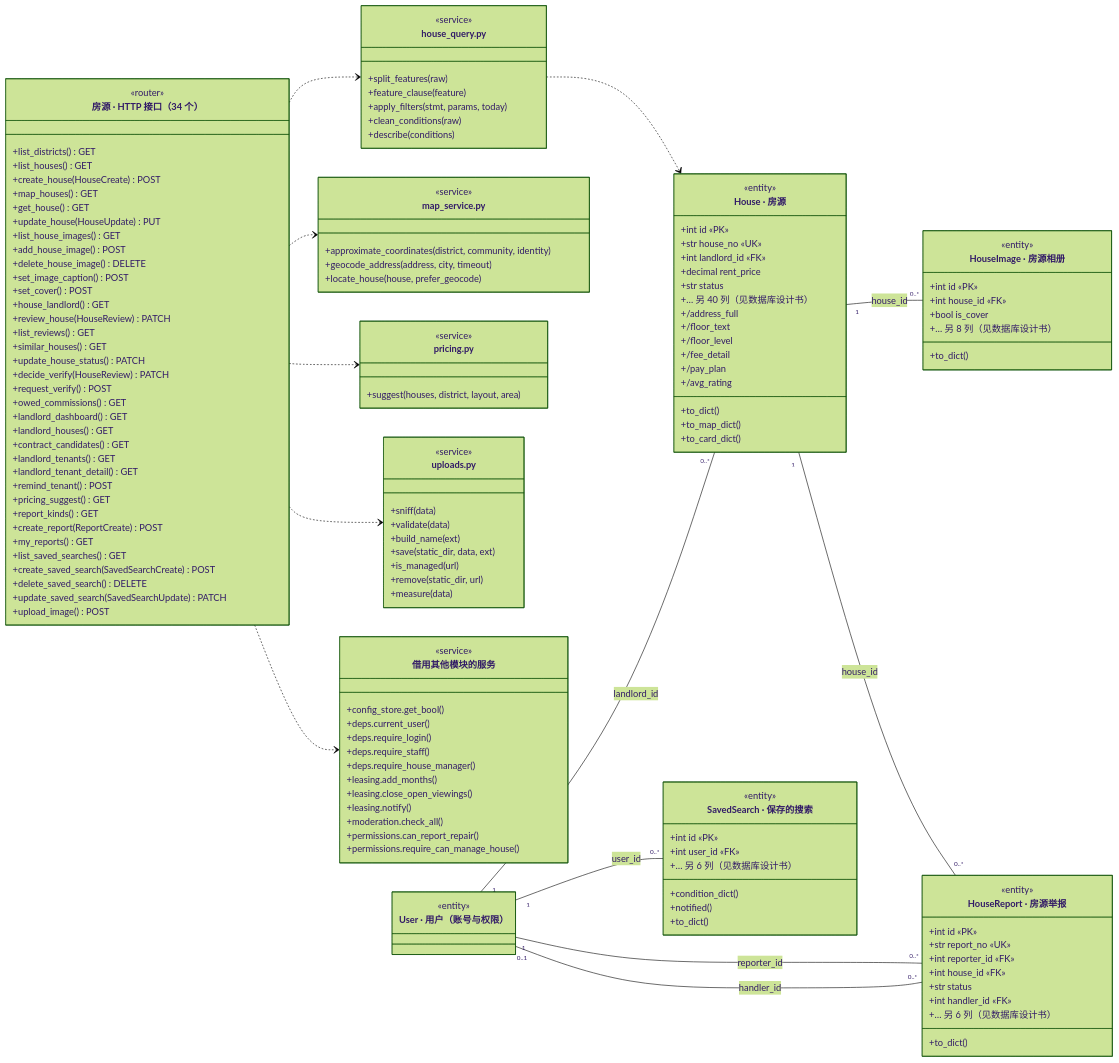
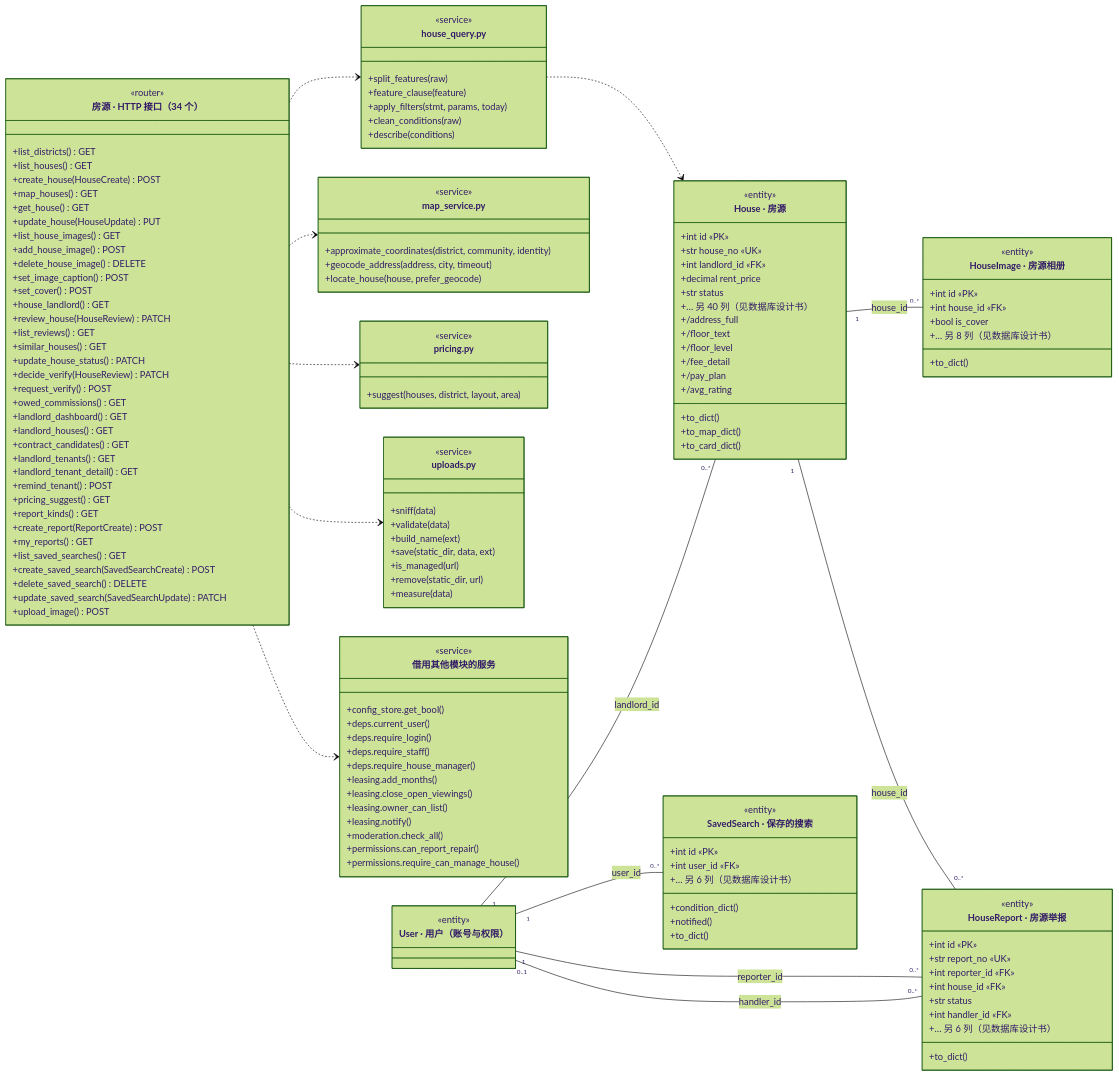
One commit to A107586/ai-house-rental changed the diagram in docs/图/class_house.mmd. Above: the diagram before and after it, drawn with Mermaid (forest theme). The commit also changed 23 other files, not shown here.

First line of the commit message:
fix(账号/委托/审核/图片): 身份收回后委托还挂着；复核下架公告无效；借图删图能删掉别人的照片

```diff
--- a/docs/图/class_house.mmd
+++ b/docs/图/class_house.mmd
@@ -1,141 +1,142 @@
 classDiagram
     direction LR
     class Api["房源 · HTTP 接口（34 个）"] {
         <<router>>
         +list_districts() GET
         +list_houses() GET
         +create_house(HouseCreate) POST
         +map_houses() GET
         +get_house() GET
         +update_house(HouseUpdate) PUT
         +list_house_images() GET
         +add_house_image() POST
         +delete_house_image() DELETE
         +set_image_caption() POST
         +set_cover() POST
         +house_landlord() GET
         +review_house(HouseReview) PATCH
         +list_reviews() GET
         +similar_houses() GET
         +update_house_status() PATCH
         +decide_verify(HouseReview) PATCH
         +request_verify() POST
         +owed_commissions() GET
         +landlord_dashboard() GET
         +landlord_houses() GET
         +contract_candidates() GET
         +landlord_tenants() GET
         +landlord_tenant_detail() GET
         +remind_tenant() POST
         +pricing_suggest() GET
         +report_kinds() GET
         +create_report(ReportCreate) POST
         +my_reports() GET
         +list_saved_searches() GET
         +create_saved_search(SavedSearchCreate) POST
         +delete_saved_search() DELETE
         +update_saved_search(SavedSearchUpdate) PATCH
         +upload_image() POST
     }
     class m_house_query["house_query.py"] {
         <<service>>
         +split_features(raw)
         +feature_clause(feature)
         +apply_filters(stmt, params, today)
         +clean_conditions(raw)
         +describe(conditions)
     }
     Api ..> m_house_query
     class m_map_service["map_service.py"] {
         <<service>>
         +approximate_coordinates(district, community, identity)
         +geocode_address(address, city, timeout)
         +locate_house(house, prefer_geocode)
     }
     Api ..> m_map_service
     class m_pricing["pricing.py"] {
         <<service>>
         +suggest(houses, district, layout, area)
     }
     Api ..> m_pricing
     class m_uploads["uploads.py"] {
         <<service>>
         +sniff(data)
         +validate(data)
         +build_name(ext)
         +save(static_dir, data, ext)
         +is_managed(url)
         +remove(static_dir, url)
         +measure(data)
     }
     Api ..> m_uploads
     class m_shared["借用其他模块的服务"] {
         <<service>>
         +config_store.get_bool()
         +deps.current_user()
         +deps.require_login()
         +deps.require_staff()
         +deps.require_house_manager()
         +leasing.add_months()
         +leasing.close_open_viewings()
+        +leasing.owner_can_list()
         +leasing.notify()
         +moderation.check_all()
         +permissions.can_report_repair()
         +permissions.require_can_manage_house()
     }
     Api ..> m_shared
     class House["House · 房源"] {
         <<entity>>
         +int id «PK»
         +str house_no «UK»
         +int landlord_id «FK»
         +decimal rent_price
         +str status
         +… 另 40 列（见数据库设计书）
         +to_dict()
         +to_map_dict()
         +to_card_dict()
         +/address_full
         +/floor_text
         +/floor_level
         +/fee_detail
         +/pay_plan
         +/avg_rating
     }
     class HouseImage["HouseImage · 房源相册"] {
         <<entity>>
         +int id «PK»
         +int house_id «FK»
         +bool is_cover
         +… 另 8 列（见数据库设计书）
         +to_dict()
     }
     class SavedSearch["SavedSearch · 保存的搜索"] {
         <<entity>>
         +int id «PK»
         +int user_id «FK»
         +… 另 6 列（见数据库设计书）
         +condition_dict()
         +notified()
         +to_dict()
     }
     class HouseReport["HouseReport · 房源举报"] {
         <<entity>>
         +int id «PK»
         +str report_no «UK»
         +int reporter_id «FK»
         +int house_id «FK»
         +str status
         +int handler_id «FK»
         +… 另 6 列（见数据库设计书）
         +to_dict()
     }
     class User["User · 用户（账号与权限）"]
     <<entity>> User
     User "1" -- "0..*" House : landlord_id
     House "1" -- "0..*" HouseImage : house_id
     User "1" -- "0..*" SavedSearch : user_id
     User "1" -- "0..*" HouseReport : reporter_id
     House "1" -- "0..*" HouseReport : house_id
     User "0..1" -- "0..*" HouseReport : handler_id
     m_house_query ..> House
```
